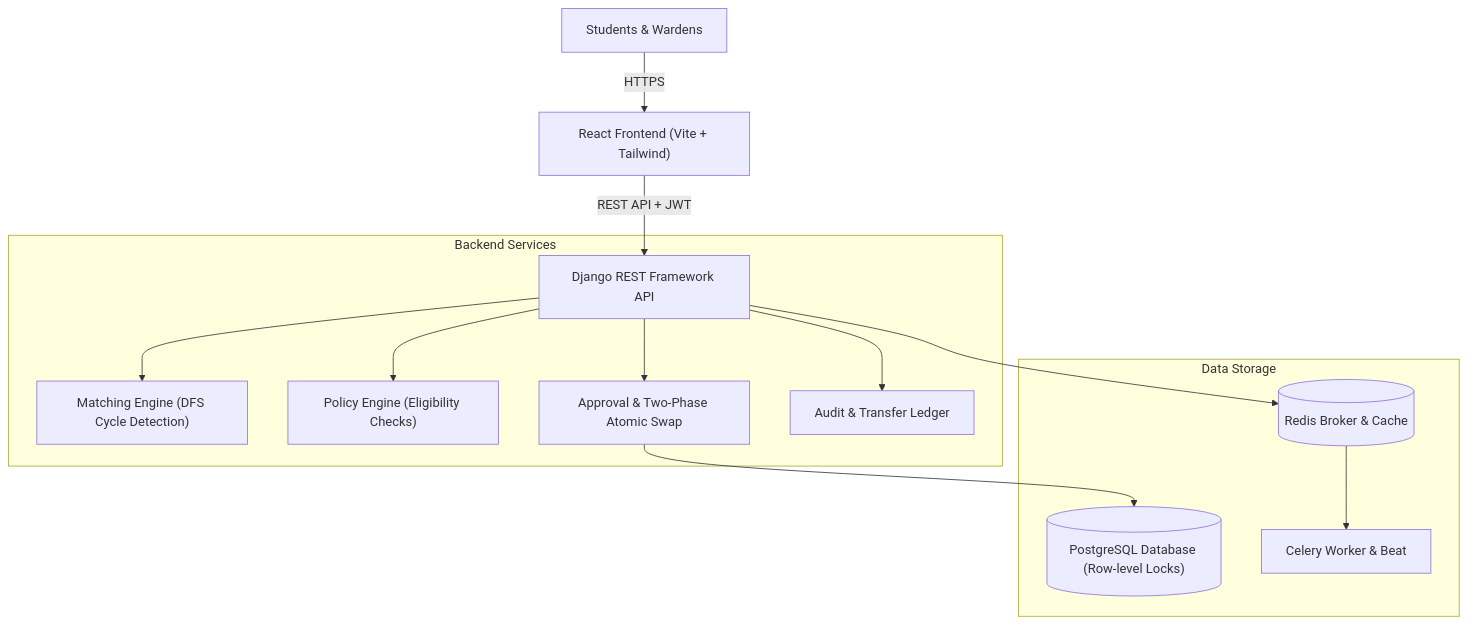
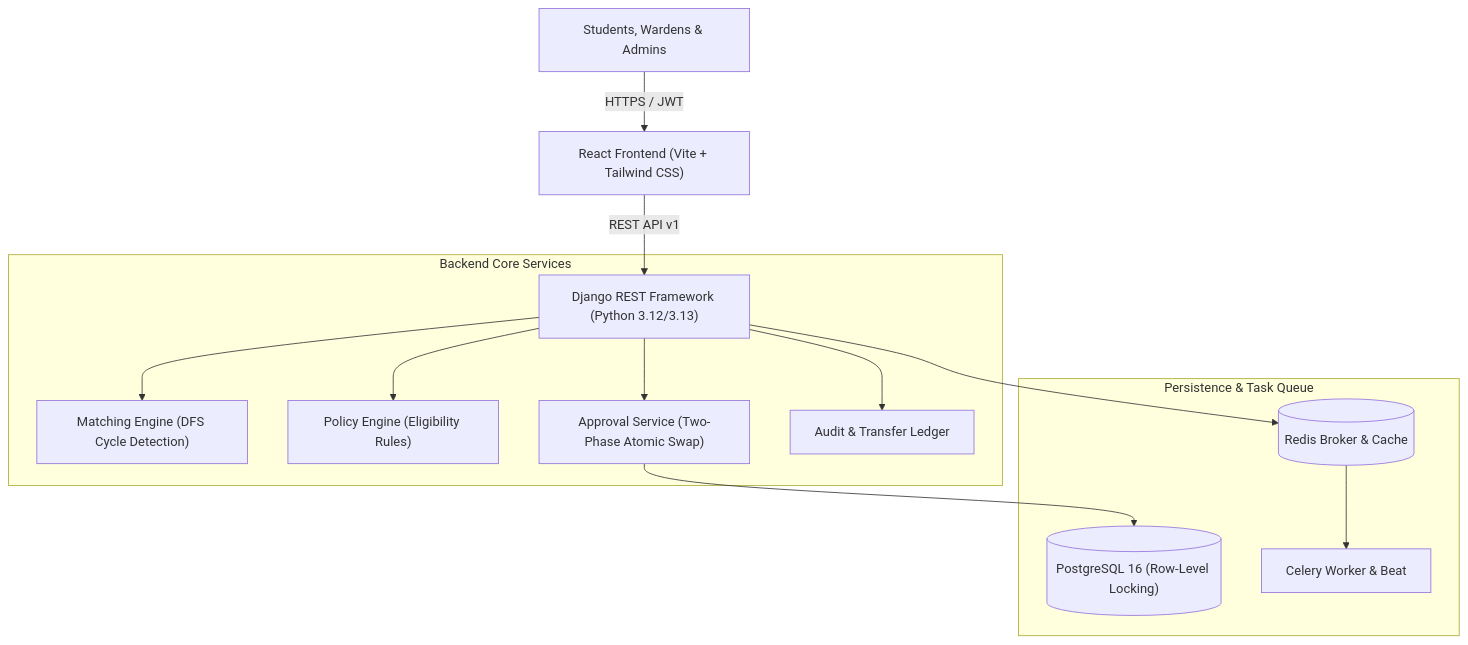
One commit to kkundantech/Hostel-Room-Swap changed the diagram in README.md. Above: the diagram before and after it, drawn with Mermaid. The commit also changed other lines of this file and 15 other files, not shown here.

````diff
--- a/README.md
+++ b/README.md
@@ -30,18 +34,18 @@
 ```mermaid
 graph TD
-    User["Students & Wardens"] -->|HTTPS| ReactApp["React Frontend (Vite + Tailwind)"]
-    ReactApp -->|REST API + JWT| DjangoBackend["Django REST Framework API"]
-    
-    subgraph "Backend Services"
+    User["Students, Wardens & Admins"] -->|HTTPS / JWT| ReactApp["React Frontend (Vite + Tailwind CSS)"]
+    ReactApp -->|REST API v1| DjangoBackend["Django REST Framework (Python 3.12/3.13)"]
+
+    subgraph "Backend Core Services"
         DjangoBackend --> MatchingEngine["Matching Engine (DFS Cycle Detection)"]
-        DjangoBackend --> PolicyEngine["Policy Engine (Eligibility Checks)"]
-        DjangoBackend --> ApprovalService["Approval & Two-Phase Atomic Swap"]
+        DjangoBackend --> PolicyEngine["Policy Engine (Eligibility Rules)"]
+        DjangoBackend --> ApprovalService["Approval Service (Two-Phase Atomic Swap)"]
         DjangoBackend --> AuditService["Audit & Transfer Ledger"]
     end
-    
-    subgraph "Data Storage"
-        ApprovalService --> Postgres[("PostgreSQL Database (Row-level Locks)")]
+
+    subgraph "Persistence & Task Queue"
+        ApprovalService --> Postgres[("PostgreSQL 16 (Row-Level Locking)")]
         DjangoBackend --> Redis[("Redis Broker & Cache")]
         Redis --> Celery["Celery Worker & Beat"]
     end
 ```
````
